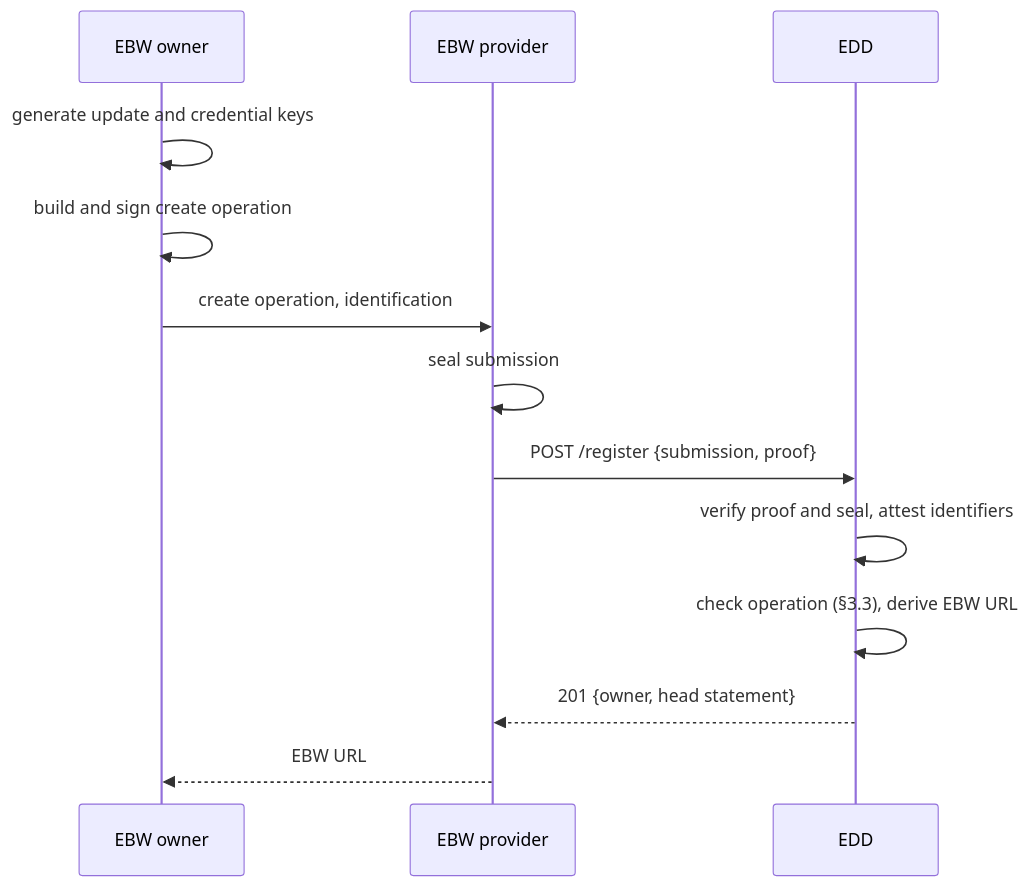
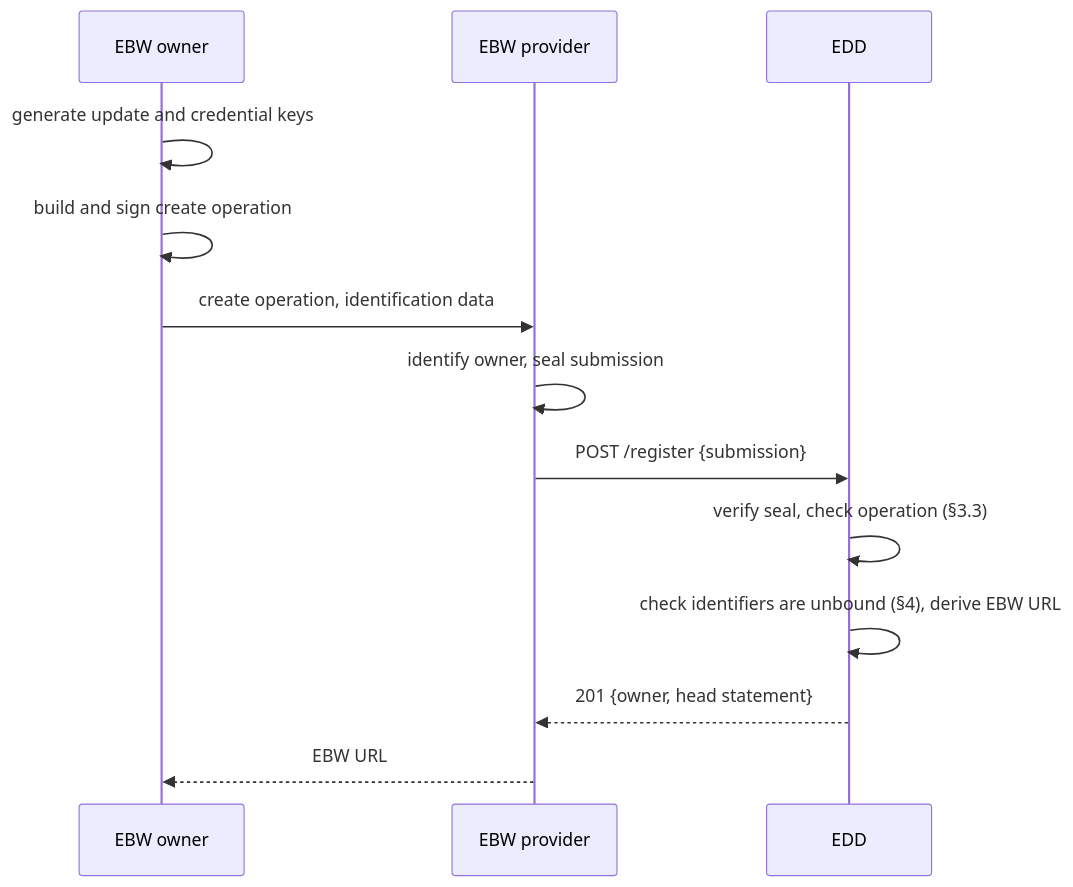
The second of 2 diagrams in spec/01-discovery.md (european-business-wallet/sccp), drawn with Mermaid before and after one commit. The commit also changed other lines of this file and 21 other files, not shown here.

First line of the commit message:
Identifier bindings vouched for by the EBW provider's seal, not attested by the EDD

````diff
--- a/spec/01-discovery.md
+++ b/spec/01-discovery.md
@@ -477,15 +473,15 @@
 ```mermaid
 sequenceDiagram
     participant O as EBW owner
     participant P as EBW provider
     participant EDD
     O->>O: generate update and credential keys
     O->>O: build and sign create operation
-    O->>P: create operation, identification
-    P->>P: seal submission
-    P->>EDD: POST /register {submission, proof}
-    EDD->>EDD: verify proof and seal, attest identifiers
-    EDD->>EDD: check operation (§3.3), derive EBW URL
+    O->>P: create operation, identification data
+    P->>P: identify owner, seal submission
+    P->>EDD: POST /register {submission}
+    EDD->>EDD: verify seal, check operation (§3.3)
+    EDD->>EDD: check identifiers are unbound (§4), derive EBW URL
     EDD-->>P: 201 {owner, head statement}
     P-->>O: EBW URL
 ```
````
